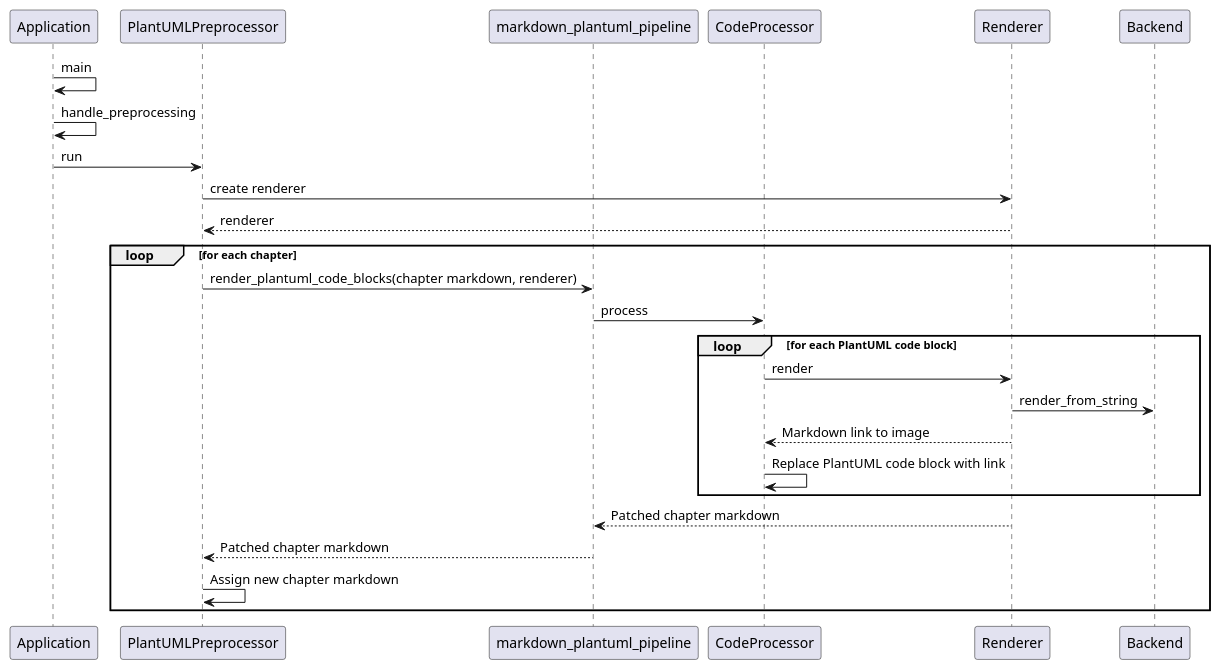
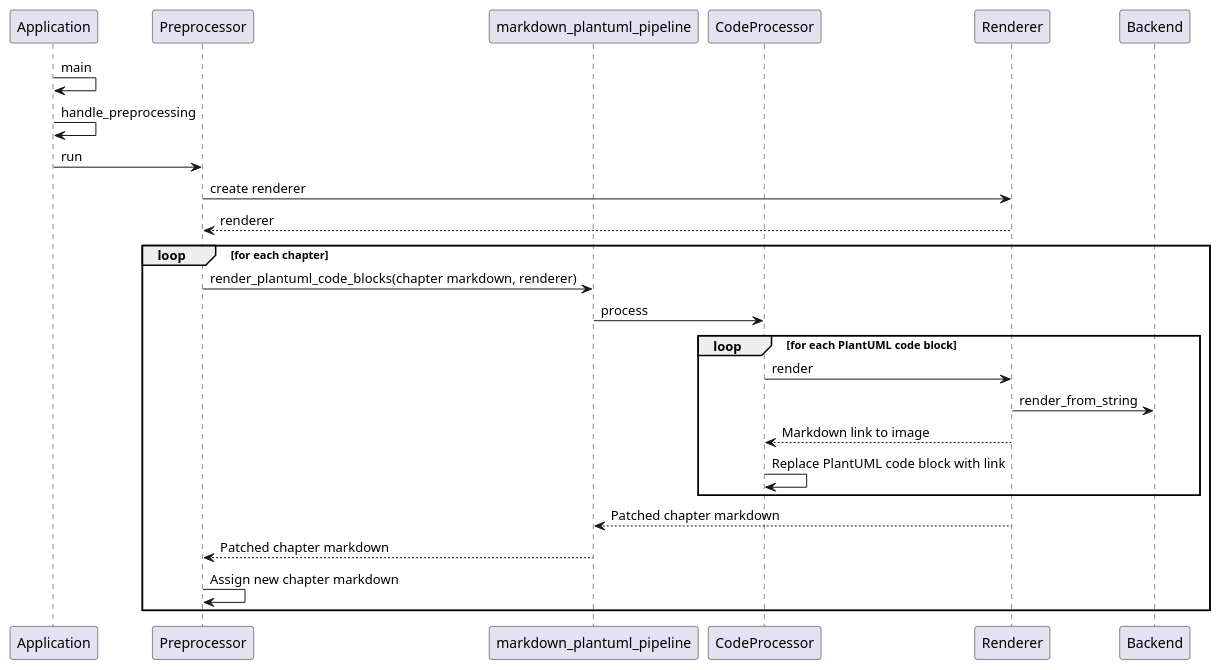
Before and after one commit to sytsereitsma/mdbook-plantuml: the diagram in doc/img/conversion_sequence.puml, drawn with PlantUML. The commit also changed 2 other files, not shown here.

Commit message:
rename 'PlantUMLPreprocessor -> Preprocessor'

```diff
--- a/doc/img/conversion_sequence.puml
+++ b/doc/img/conversion_sequence.puml
@@ -1,27 +1,27 @@
 @startuml
 participant Application
-participant PlantUMLPreprocessor
+participant Preprocessor
 participant markdown_plantuml_pipeline
 participant CodeProcessor
 participant Renderer
 participant Backend
 
 Application -> Application: main
 	Application -> Application: handle_preprocessing
-	Application -> PlantUMLPreprocessor: run
-		PlantUMLPreprocessor -> Renderer: create renderer
-		Renderer --> PlantUMLPreprocessor: renderer
+	Application -> Preprocessor: run
+		Preprocessor -> Renderer: create renderer
+		Renderer --> Preprocessor: renderer
 		loop for each chapter
-			PlantUMLPreprocessor -> markdown_plantuml_pipeline: render_plantuml_code_blocks(chapter markdown, renderer)
+			Preprocessor -> markdown_plantuml_pipeline: render_plantuml_code_blocks(chapter markdown, renderer)
 			markdown_plantuml_pipeline -> CodeProcessor: process
 			loop for each PlantUML code block
 				CodeProcessor -> Renderer: render
 					Renderer -> Backend: render_from_string
 				Renderer --> CodeProcessor: Markdown link to image
 				CodeProcessor -> CodeProcessor: Replace PlantUML code block with link
 			end				
 			Renderer --> markdown_plantuml_pipeline: Patched chapter markdown
-			markdown_plantuml_pipeline --> PlantUMLPreprocessor: Patched chapter markdown
-			PlantUMLPreprocessor -> PlantUMLPreprocessor: Assign new chapter markdown
+			markdown_plantuml_pipeline --> Preprocessor: Patched chapter markdown
+			Preprocessor -> Preprocessor: Assign new chapter markdown
 		end
 @enduml
```
